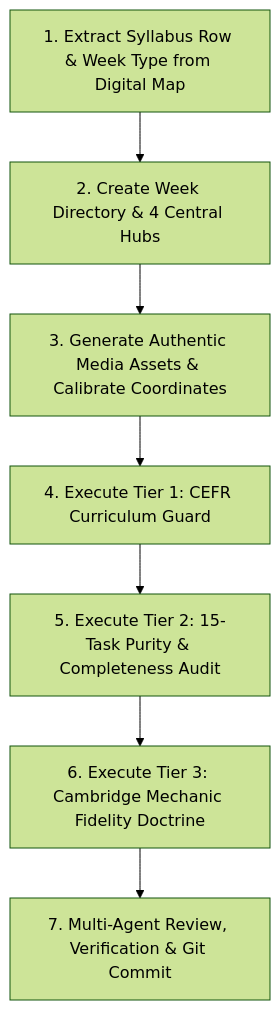
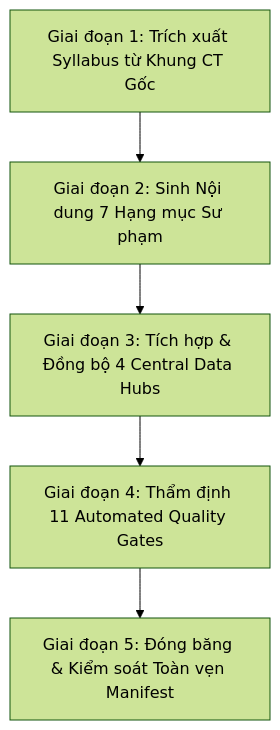
Before and after one commit to Binh3ks/enquest3k.copilot: the diagram in docs/WEEK_PRODUCTION_SOP.md, drawn with Mermaid (forest theme). The commit also changed other lines of this file and 47 other files, not shown here.

Commit message:
feat(week-34): live runtime verification + shared component fidelity fixes (Gate 15 PASSED 15/15)

````diff
--- a/docs/WEEK_PRODUCTION_SOP.md
+++ b/docs/WEEK_PRODUCTION_SOP.md
@@ -168,9 +170,7 @@
 ```mermaid
 graph TD
-    Step1[1. Extract Syllabus Row & Week Type from Digital Map] --> Step2[2. Create Week Directory & 4 Central Hubs]
-    Step2 --> Step3[3. Generate Authentic Media Assets & Calibrate Coordinates]
-    Step3 --> Step4[4. Execute Tier 1: CEFR Curriculum Guard]
-    Step4 --> Step5[5. Execute Tier 2: 15-Task Purity & Completeness Audit]
-    Step5 --> Step6[6. Execute Tier 3: Cambridge Mechanic Fidelity Doctrine]
-    Step6 --> Step7[7. Multi-Agent Review, Verification & Git Commit]
+    Stage1[Giai đoạn 1: Trích xuất Syllabus từ Khung CT Gốc] --> Stage2[Giai đoạn 2: Sinh Nội dung 7 Hạng mục Sư phạm]
+    Stage2 --> Stage3[Giai đoạn 3: Tích hợp & Đồng bộ 4 Central Data Hubs]
+    Stage3 --> Stage4[Giai đoạn 4: Thẩm định 11 Automated Quality Gates]
+    Stage4 --> Stage5[Giai đoạn 5: Đóng băng & Kiểm soát Toàn vẹn Manifest]
 ```
````
